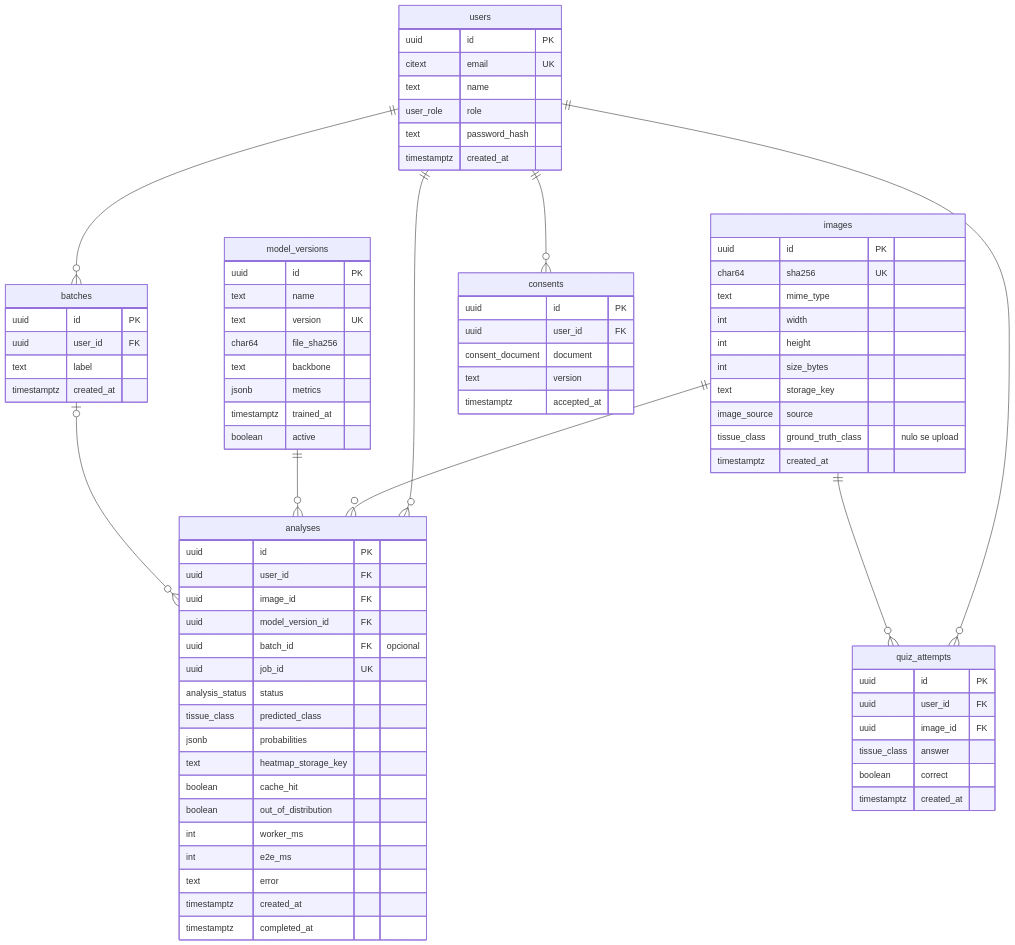
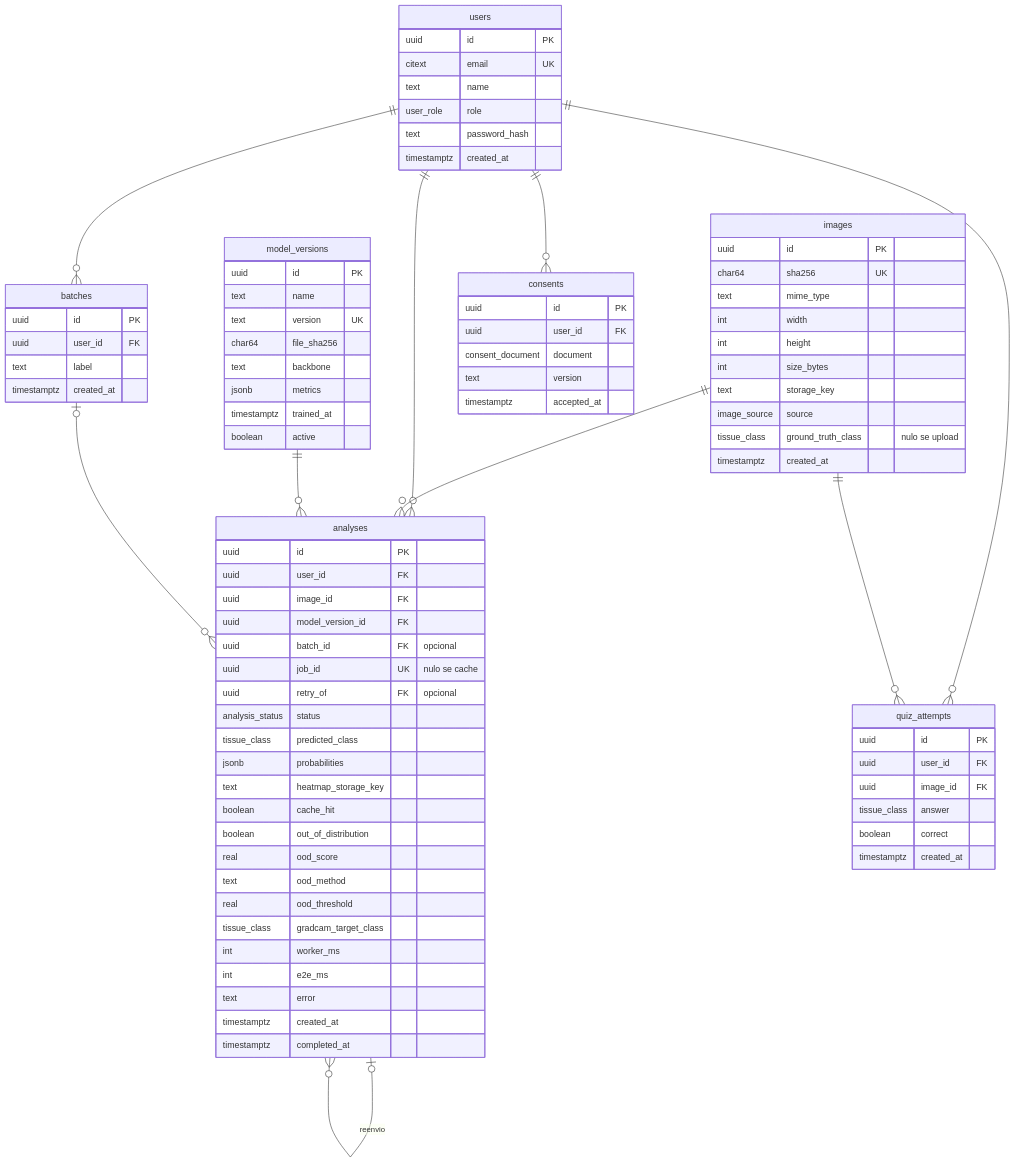
One commit to Umizin/histolente changed the second of 2 diagrams in docs/projeto/03-modelagem-de-dados.md. Above: the diagram before and after it, drawn with Mermaid. The commit also changed other lines of this file and 33 other files, not shown here.

````diff
--- a/docs/projeto/03-modelagem-de-dados.md
+++ b/docs/projeto/03-modelagem-de-dados.md
@@ -67,13 +67,18 @@
         uuid image_id FK
         uuid model_version_id FK
         uuid batch_id FK "opcional"
-        uuid job_id UK
+        uuid job_id UK "nulo se cache"
+        uuid retry_of FK "opcional"
         analysis_status status
         tissue_class predicted_class
         jsonb probabilities
         text heatmap_storage_key
         boolean cache_hit
         boolean out_of_distribution
+        real ood_score
+        text ood_method
+        real ood_threshold
+        tissue_class gradcam_target_class
         int worker_ms
         int e2e_ms
         text error
@@ -103,4 +108,5 @@
     images ||--o{ quiz_attempts : ""
     model_versions ||--o{ analyses : ""
     batches |o--o{ analyses : ""
+    analyses |o--o{ analyses : "reenvio"
 ```
````
